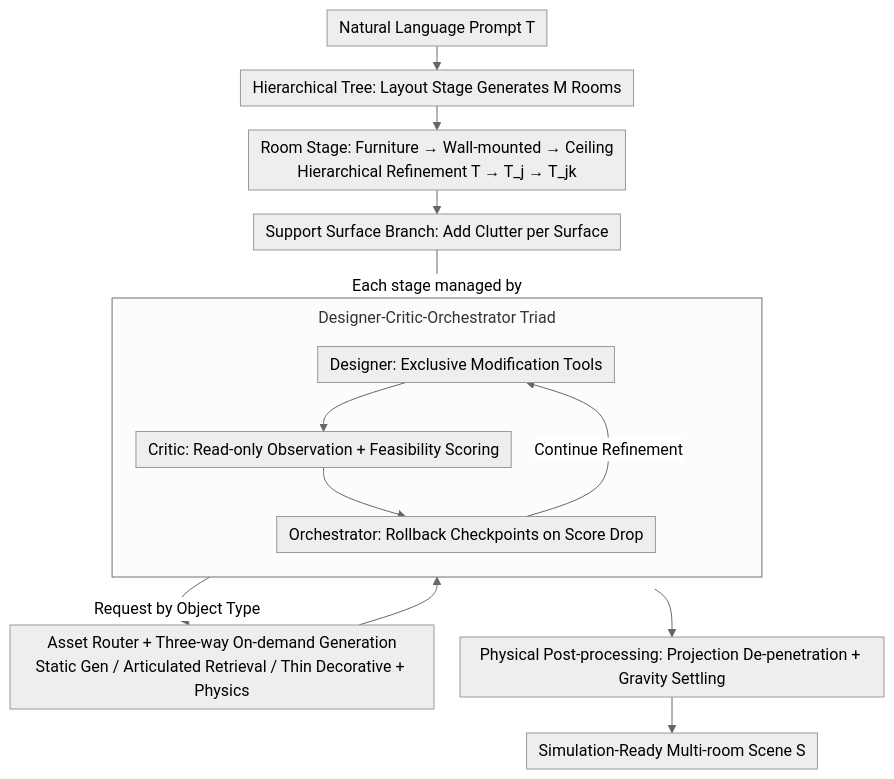
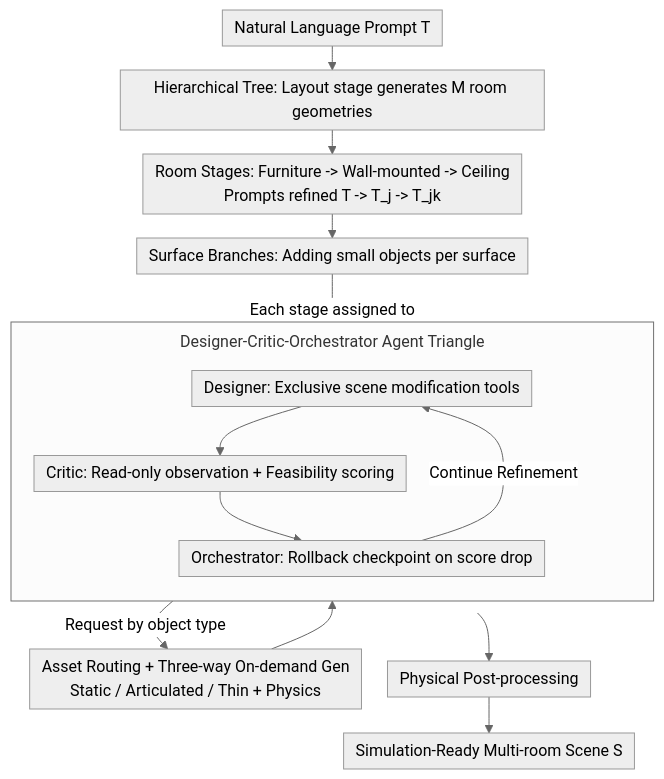
One commit to zhaoyang97/Paper-Notes-en changed the diagram in docs/ICML2026/image_generation/scenesmith_agentic_generation_of_simulation-ready_indoor_scenes.md. Above: the diagram before and after it, drawn with Mermaid (neutral theme). The commit also changed other lines of this file and 5084 other files, not shown here.

````diff
--- a/docs/ICML2026/image_generation/scenesmith_agentic_generation_of_simulation-ready_indoor_scenes.md
+++ b/docs/ICML2026/image_generation/scenesmith_agentic_generation_of_simulation-ready_indoor_scenes.md
@@ -44,18 +44,18 @@
 ```mermaid
 %%{init: {'flowchart': {'rankSpacing': 24, 'nodeSpacing': 26, 'padding': 6, 'wrappingWidth': 400, 'subGraphTitleMargin': {'top': 8, 'bottom': 16}}}}%%
 flowchart TD
-    T["Natural Language Prompt T"] --> LAY["Hierarchical Tree: Layout Stage Generates M Rooms"]
-    LAY --> RM["Room Stage: Furniture → Wall-mounted → Ceiling<br/>Hierarchical Refinement T → T_j → T_jk"]
-    RM --> OBJ["Support Surface Branch: Add Clutter per Surface"]
-    OBJ -->|Each stage managed by| TRI
-    subgraph TRI["Designer-Critic-Orchestrator Triad"]
+    T["Natural Language Prompt T"] --> LAY["Hierarchical Tree: Layout stage generates M room geometries"]
+    LAY --> RM["Room Stages: Furniture -> Wall-mounted -> Ceiling<br/>Prompts refined T -> T_j -> T_jk"]
+    RM --> OBJ["Surface Branches: Adding small objects per surface"]
+    OBJ -->|Each stage assigned to| TRI
+    subgraph TRI["Designer-Critic-Orchestrator Agent Triangle"]
         direction TB
-        D["Designer: Exclusive Modification Tools"] --> CR["Critic: Read-only Observation + Feasibility Scoring"]
-        CR --> OR["Orchestrator: Rollback Checkpoints on Score Drop"]
+        D["Designer: Exclusive scene modification tools"] --> CR["Critic: Read-only observation + Feasibility scoring"]
+        CR --> OR["Orchestrator: Rollback checkpoint on score drop"]
         OR -->|Continue Refinement| D
     end
-    D -->|Request by Object Type| RT["Asset Router + Three-way On-demand Generation<br/>Static Gen / Articulated Retrieval / Thin Decorative + Physics"]
+    D -->|Request by object type| RT["Asset Routing + Three-way On-demand Gen<br/>Static / Articulated / Thin + Physics"]
     RT --> D
-    TRI --> PP["Physical Post-processing: Projection De-penetration + Gravity Settling"]
-    PP --> S["Simulation-Ready Multi-room Scene S"]
+    TRI --> PP["Physical Post-processing: Projection de-penetration + Gravity settling"]
+    PP["Physical Post-processing"] --> S["Simulation-Ready Multi-room Scene S"]
 ```
````
